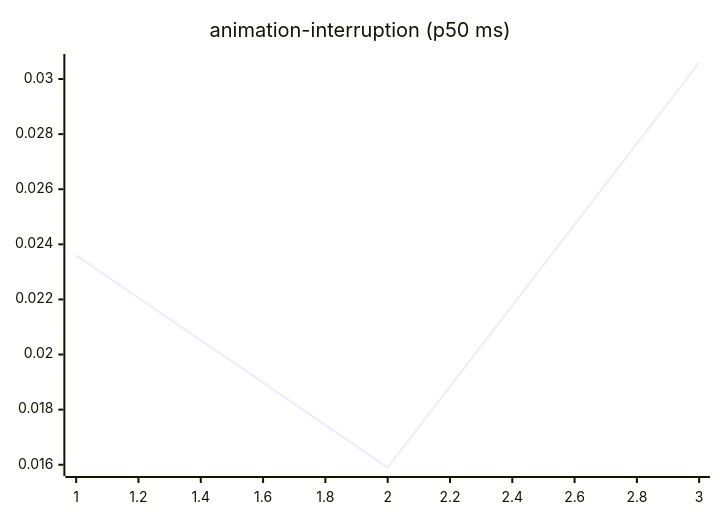
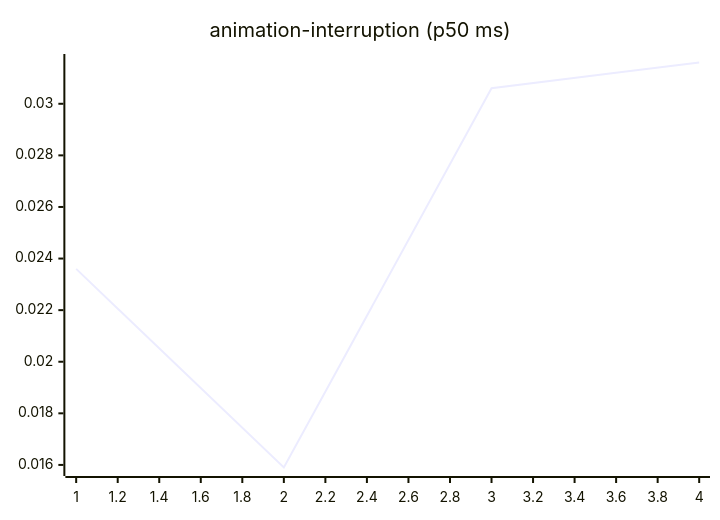
Before and after one commit to josha/Facet: the third of 27 diagrams in README.md, drawn with Mermaid. The commit also changed other lines of this file and 2 other files, not shown here.

````diff
--- a/README.md
+++ b/README.md
@@ -77,6 +77,6 @@
 ```mermaid
 xychart-beta
     title "animation-interruption (p50 ms)"
-    x-axis 1 --> 3
-    line [0.0236, 0.0159, 0.0306]
+    x-axis 1 --> 4
+    line [0.0236, 0.0159, 0.0306, 0.0316]
 ```
````
